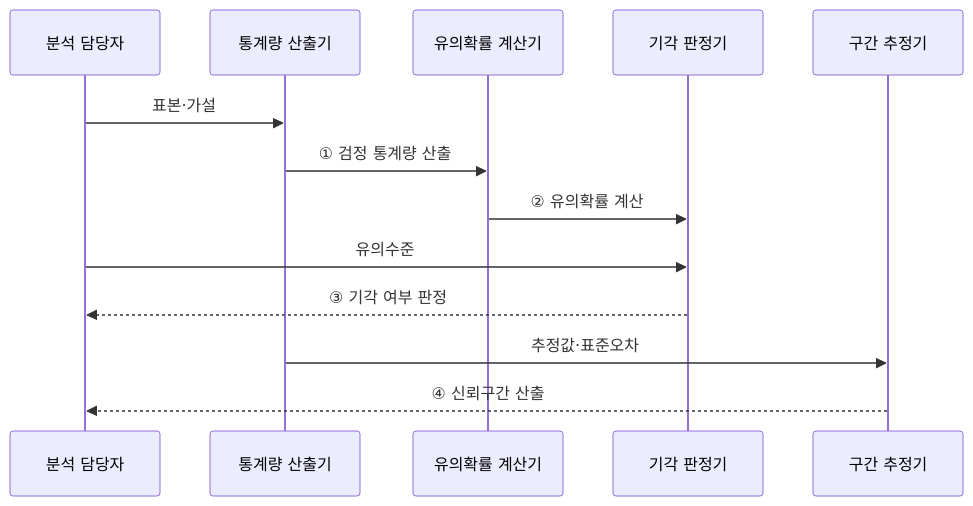
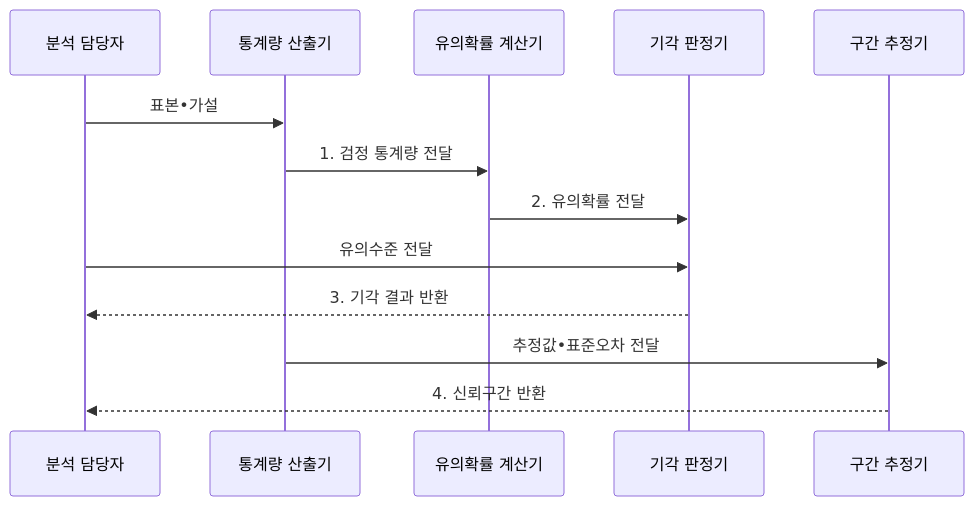
One commit to agnusdei1207/knowledge-base changed the second of 3 diagrams in src/content/docs/notes/01-basic-theory/033_hypothesis_testing.md. Above: the diagram before and after it, drawn with Mermaid. The commit also changed other lines of this file and 20 other files, not shown here.

````diff
--- a/src/content/docs/notes/01-basic-theory/033_hypothesis_testing.md
+++ b/src/content/docs/notes/01-basic-theory/033_hypothesis_testing.md
@@ -86,15 +87,15 @@
 ```mermaid
 sequenceDiagram
     participant A as 분석 담당자
     participant T as 통계량 산출기
     participant P as 유의확률 계산기
     participant J as 기각 판정기
     participant C as 구간 추정기
-    A->>T: 표본·가설
-    T->>P: ① 검정 통계량 산출
-    P->>J: ② 유의확률 계산
-    A->>J: 유의수준
-    J-->>A: ③ 기각 여부 판정
-    T->>C: 추정값·표준오차
-    C-->>A: ④ 신뢰구간 산출
+    A->>T: 표본•가설
+    T->>P: 1. 검정 통계량 전달
+    P->>J: 2. 유의확률 전달
+    A->>J: 유의수준 전달
+    J-->>A: 3. 기각 결과 반환
+    T->>C: 추정값•표준오차 전달
+    C-->>A: 4. 신뢰구간 반환
 ```
````
